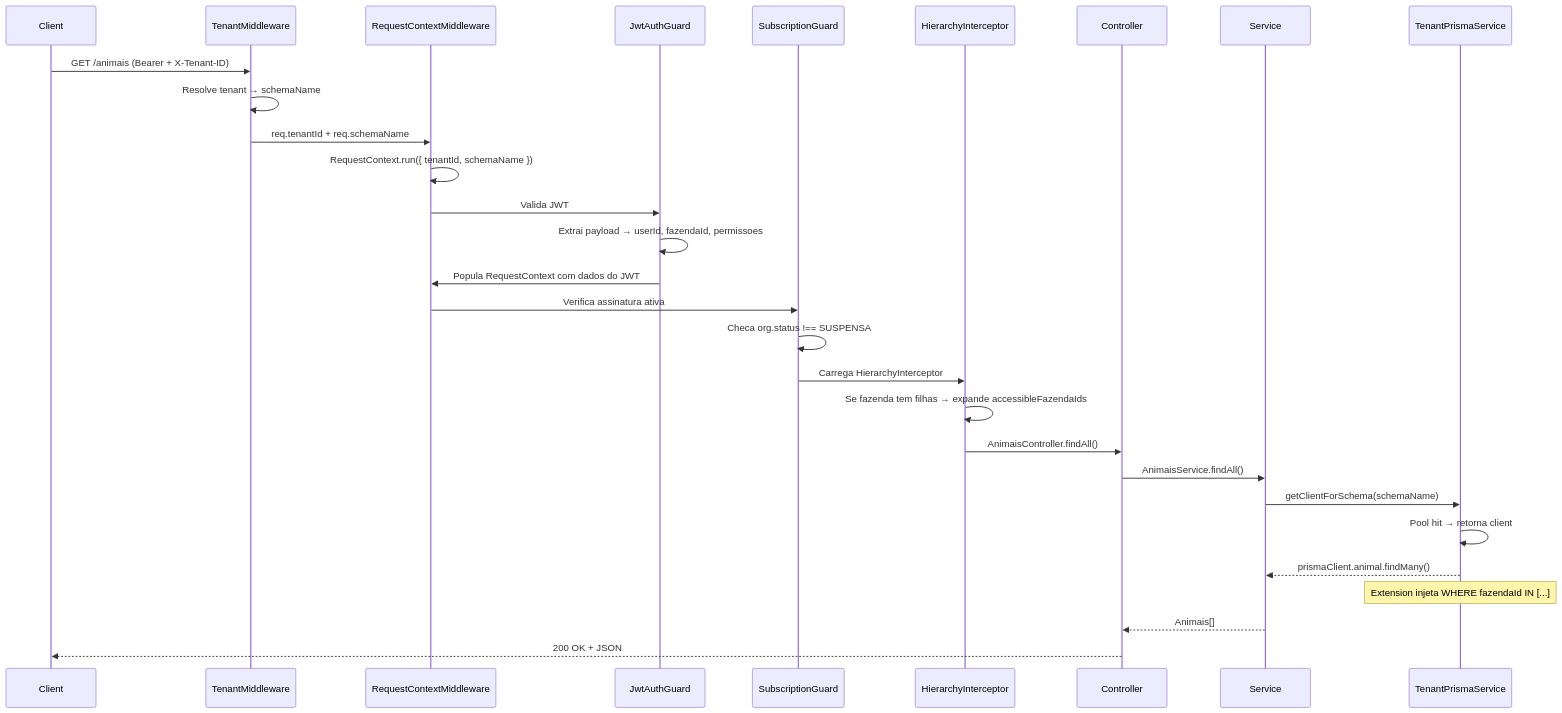
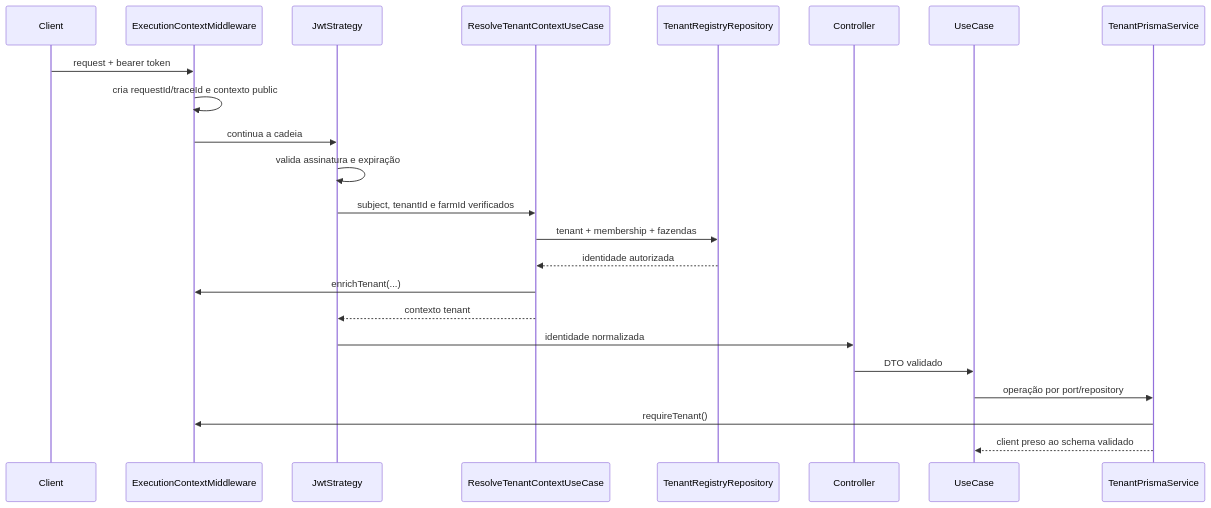
The first of 2 diagrams in docs/02-MULTI-TENANT.md (joaopuccini/gado-api), drawn with Mermaid before and after one commit. The commit also changed other lines of this file and 7 other files, not shown here.

````diff
--- a/docs/02-MULTI-TENANT.md
+++ b/docs/02-MULTI-TENANT.md
@@ -125,32 +53,26 @@
 ```mermaid
 sequenceDiagram
     participant Client
-    participant Middleware as TenantMiddleware
-    participant CtxMiddleware as RequestContextMiddleware
-    participant Guard as JwtAuthGuard
-    participant SubGuard as SubscriptionGuard
-    participant Interceptor as HierarchyInterceptor
+    participant Context as ExecutionContextMiddleware
+    participant JWT as JwtStrategy
+    participant Resolve as ResolveTenantContextUseCase
+    participant Registry as TenantRegistryRepository
     participant Controller
-    participant Service
+    participant UseCase
     participant Prisma as TenantPrismaService
 
-    Client->>Middleware: GET /animais (Bearer + X-Tenant-ID)
-    Middleware->>Middleware: Resolve tenant → schemaName
-    Middleware->>CtxMiddleware: req.tenantId + req.schemaName
-    CtxMiddleware->>CtxMiddleware: RequestContext.run({ tenantId, schemaName })
-    CtxMiddleware->>Guard: Valida JWT
-    Guard->>Guard: Extrai payload → userId, fazendaId, permissoes
-    Guard->>CtxMiddleware: Popula RequestContext com dados do JWT
-    CtxMiddleware->>SubGuard: Verifica assinatura ativa
-    SubGuard->>SubGuard: Checa org.status !== SUSPENSA
-    SubGuard->>Interceptor: Carrega HierarchyInterceptor
-    Interceptor->>Interceptor: Se fazenda tem filhas → expande accessibleFazendaIds
-    Interceptor->>Controller: AnimaisController.findAll()
-    Controller->>Service: AnimaisService.findAll()
-    Service->>Prisma: getClientForSchema(schemaName)
-    Prisma->>Prisma: Pool hit → retorna client
-    Prisma-->>Service: prismaClient.animal.findMany()
-    Note over Prisma: Extension injeta WHERE fazendaId IN [...]
-    Service-->>Controller: Animais[]
-    Controller-->>Client: 200 OK + JSON
+    Client->>Context: request + bearer token
+    Context->>Context: cria requestId/traceId e contexto public
+    Context->>JWT: continua a cadeia
+    JWT->>JWT: valida assinatura e expiração
+    JWT->>Resolve: subject, tenantId e farmId verificados
+    Resolve->>Registry: tenant + membership + fazendas
+    Registry-->>Resolve: identidade autorizada
+    Resolve->>Context: enrichTenant(...)
+    Resolve-->>JWT: contexto tenant
+    JWT->>Controller: identidade normalizada
+    Controller->>UseCase: DTO validado
+    UseCase->>Prisma: operação por port/repository
+    Prisma->>Context: requireTenant()
+    Prisma-->>UseCase: client preso ao schema validado
 ```
````
